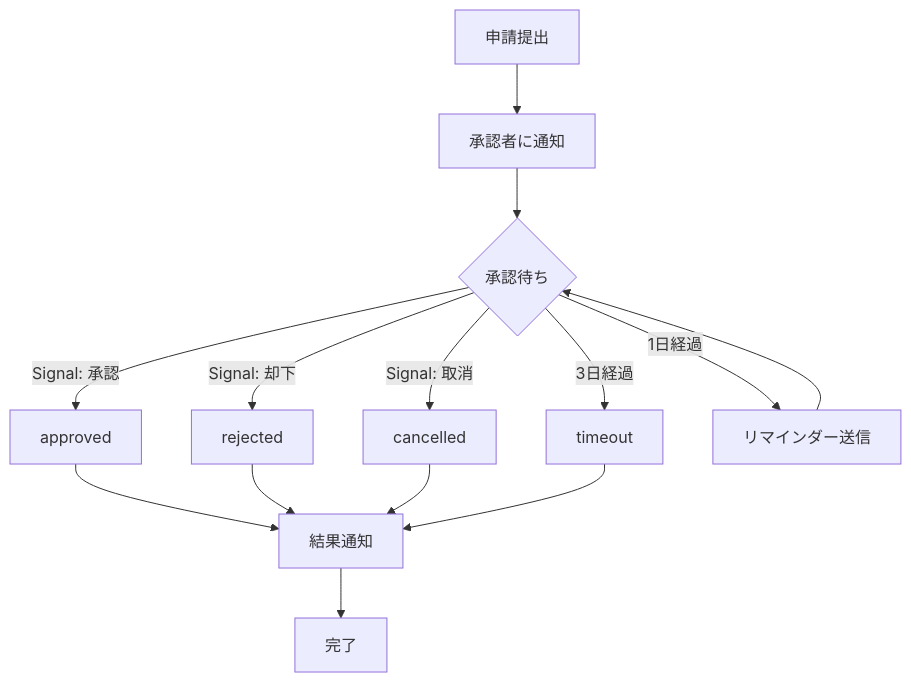
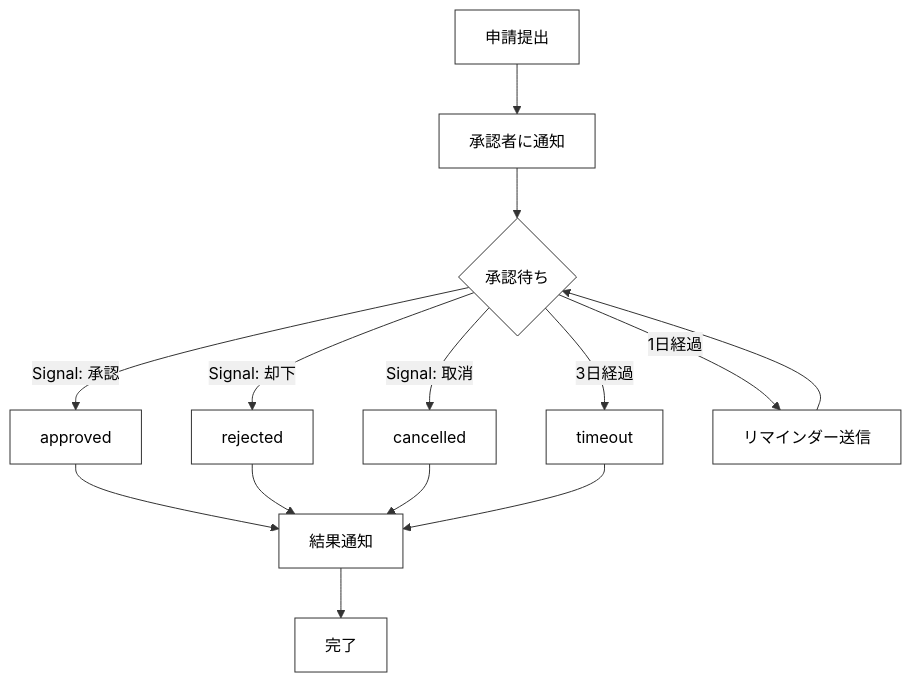
The third of 4 diagrams in docs/temporal.md (tokiwa-org/temporal), drawn with Mermaid before and after one commit. The commit also changed other lines of this file, not shown here.

First line of the commit message:
Mermaid図に白背景・黒文字・境界線を設定

````diff
--- a/docs/temporal.md
+++ b/docs/temporal.md
@@ -571,16 +573,17 @@
 ```mermaid
+%%{init: {'theme': 'base', 'themeVariables': {'primaryColor': '#ffffff', 'primaryTextColor': '#000000', 'primaryBorderColor': '#333333', 'lineColor': '#333333', 'secondaryColor': '#f0f0f0', 'tertiaryColor': '#f0f0f0'}}}%%
 flowchart TD
     A[申請提出] --> B[承認者に通知]
     B --> C{承認待ち}
     C -->|Signal: 承認| D[approved]
     C -->|Signal: 却下| E[rejected]
     C -->|Signal: 取消| F[cancelled]
     C -->|3日経過| G[timeout]
     C -->|1日経過| H[リマインダー送信]
     H --> C
     D --> I[結果通知]
     E --> I
     F --> I
     G --> I
     I --> J[完了]
 ```
````
